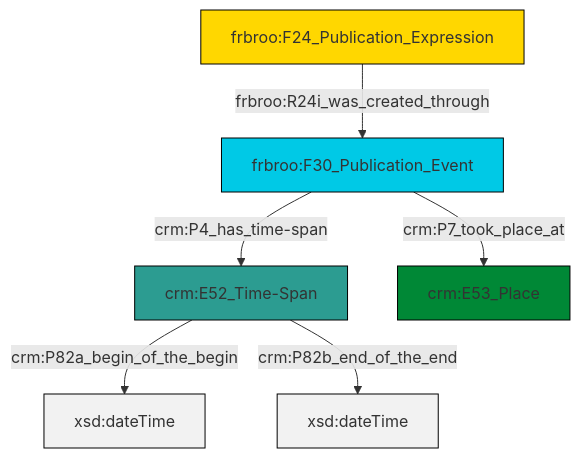
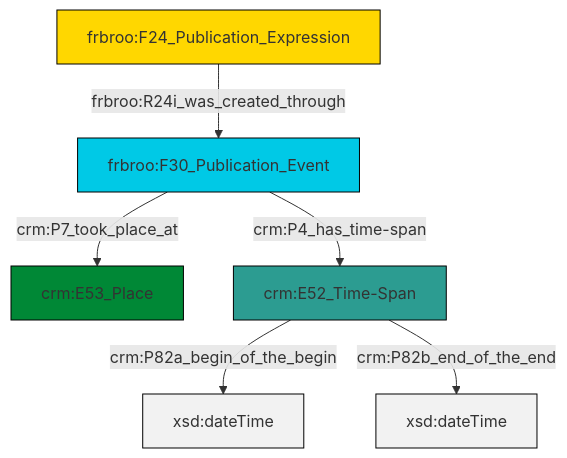
One commit to swiss-art-research-net/reference-data-models changed the diagram in et/biblioCSV/ttl/mmd/biblio_existence.ttl.mmd. Above: the diagram before and after it, drawn with Mermaid. The commit also changed 128 other files, not shown here.

```diff
--- a/et/biblioCSV/ttl/mmd/biblio_existence.ttl.mmd
+++ b/et/biblioCSV/ttl/mmd/biblio_existence.ttl.mmd
@@ -1,20 +1,20 @@
 graph TD
 classDef Literal fill:#f2f2f2,stroke:#000000;
 classDef CRM_Entity fill:#FFFFFF,stroke:#000000;
 classDef Temporal_Entity fill:#00C9E6, stroke:#000000;
 classDef Type fill:#E18312, stroke:#000000;
 classDef Time-Span fill:#2C9C91, stroke:#000000;
 classDef Appellation fill:#FFEB7F, stroke:#000000;
 classDef Place fill:#008836, stroke:#000000;
 classDef Persistent_Item fill:#B266B2, stroke:#000000;
 classDef Conceptual_Object fill:#FFD700, stroke:#000000;
 classDef Physical_Thing fill:#D2B48C, stroke:#000000;
 classDef Actor fill:#f58aad, stroke:#000000;
 classDef PC_Classes fill:#4ce600, stroke:#000000;
 classDef Multi fill:#cccccc,stroke:#000000;
 
-0["crm:E52_Time-Span"]:::Time-Span -->|crm:P82a_begin_of_the_begin| 1[xsd:dateTime]:::Literal
-2["frbroo:F30_Publication_Event"]:::Temporal_Entity -->|crm:P4_has_time-span| 0["crm:E52_Time-Span"]:::Time-Span
-3["frbroo:F24_Publication_Expression"]:::Conceptual_Object -->|frbroo:R24i_was_created_through| 2["frbroo:F30_Publication_Event"]:::Temporal_Entity
-2["frbroo:F30_Publication_Event"]:::Temporal_Entity -->|crm:P7_took_place_at| 5["crm:E53_Place"]:::Place
-0["crm:E52_Time-Span"]:::Time-Span -->|crm:P82b_end_of_the_end| 7[xsd:dateTime]:::Literal
+2["crm:E52_Time-Span"]:::Time-Span -->|crm:P82a_begin_of_the_begin| 3[xsd:dateTime]:::Literal
+5["frbroo:F30_Publication_Event"]:::Temporal_Entity -->|crm:P4_has_time-span| 2["crm:E52_Time-Span"]:::Time-Span
+7["frbroo:F24_Publication_Expression"]:::Conceptual_Object -->|frbroo:R24i_was_created_through| 5["frbroo:F30_Publication_Event"]:::Temporal_Entity
+2["crm:E52_Time-Span"]:::Time-Span -->|crm:P82b_end_of_the_end| 8[xsd:dateTime]:::Literal
+5["frbroo:F30_Publication_Event"]:::Temporal_Entity -->|crm:P7_took_place_at| 0["crm:E53_Place"]:::Place
```
